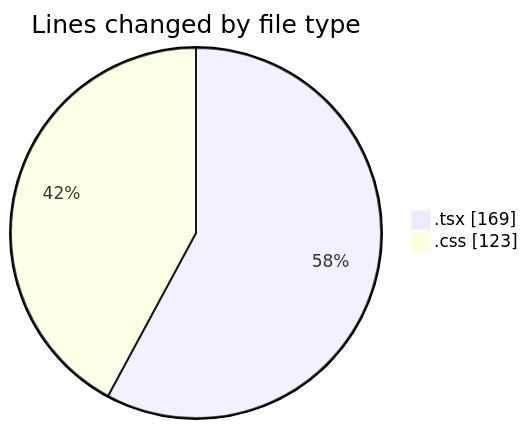
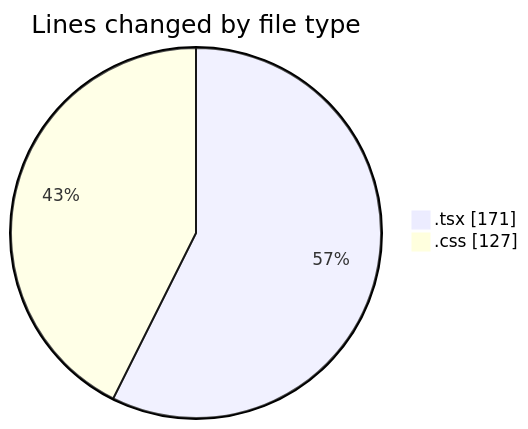
The first of 2 diagrams in 2025-01-09/mbc-web/README.md (robertbonfada/code-tracking), drawn with Mermaid before and after one commit. The commit also changed other lines of this file and 1 other file, not shown here.

````diff
--- a/2025-01-09/mbc-web/README.md
+++ b/2025-01-09/mbc-web/README.md
@@ -27,6 +27,6 @@
 ```mermaid
 pie showData
 title Lines changed by file type
-".tsx" : 169
-".css" : 123
+".tsx" : 171
+".css" : 127
 ```
````
